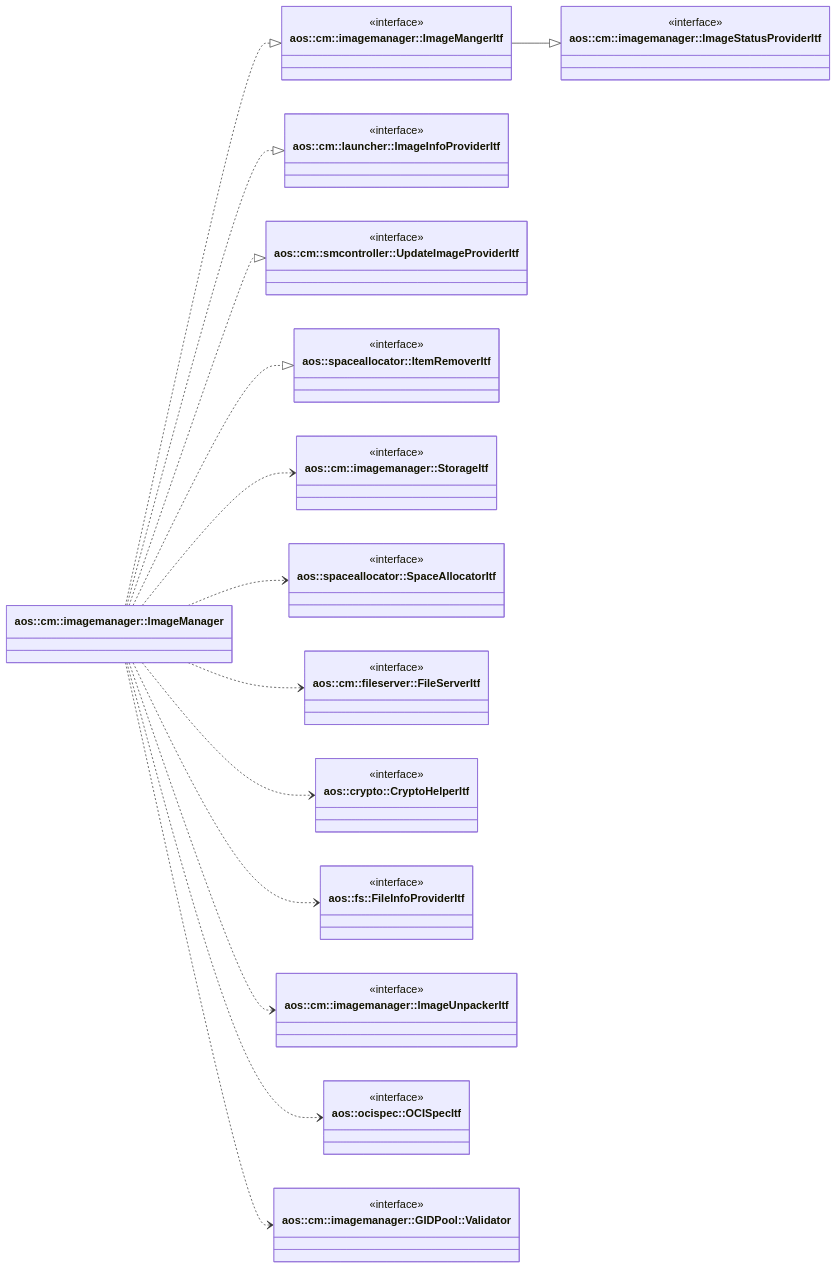
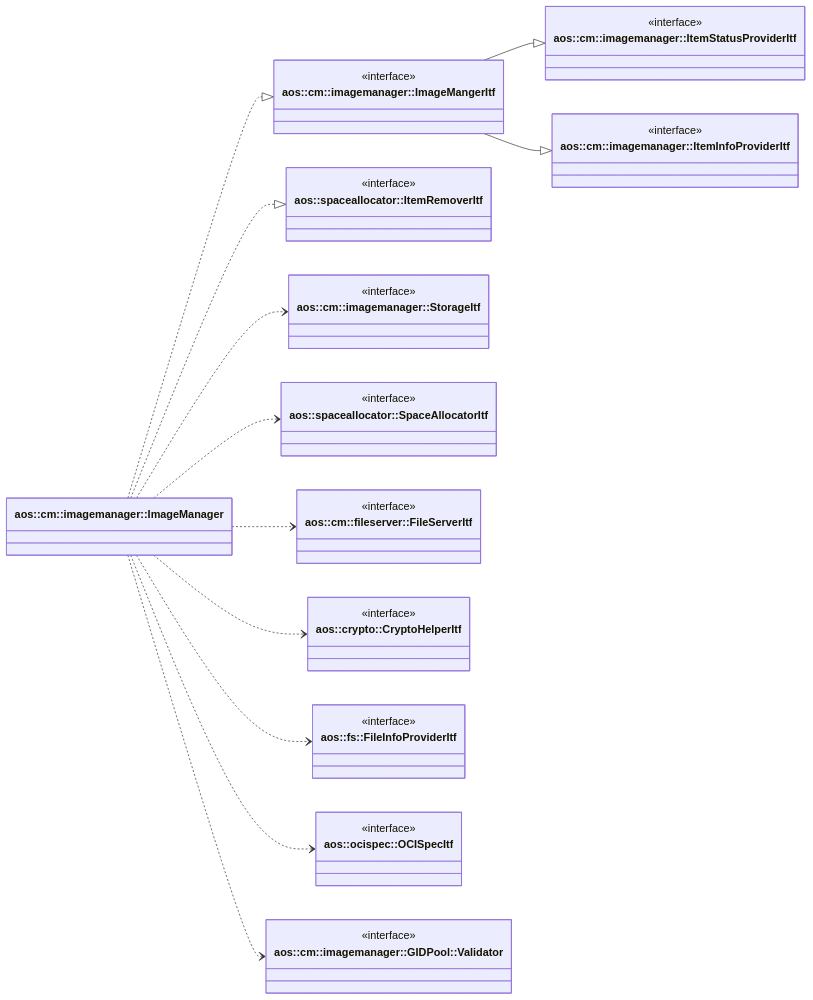
One commit to aosedge/aos_core_lib_cpp changed the diagram in src/core/cm/imagemanager/imagemanager.md. Above: the diagram before and after it, drawn with Mermaid. The commit also changed other lines of this file and 4 other files, not shown here.

Commit message:
cm: imagemanager: add new image manager design document

````diff
--- a/src/core/cm/imagemanager/imagemanager.md
+++ b/src/core/cm/imagemanager/imagemanager.md
@@ -26,75 +23,65 @@
 ```mermaid
 classDiagram
     direction LR
 
     class ImageManager ["aos::cm::imagemanager::ImageManager"] {
     }
 
     class ImageManagerItf ["aos::cm::imagemanager::ImageMangerItf"] {
         <<interface>>
     }
 
-    class ImageStatusProviderItf ["aos::cm::imagemanager::ImageStatusProviderItf"] {
+    class ItemStatusProviderItf ["aos::cm::imagemanager::ItemStatusProviderItf"] {
         <<interface>>
     }
 
-    class ImageInfoProviderItf ["aos::cm::launcher::ImageInfoProviderItf"] {
-        <<interface>>
-    }
-
-    class UpdateImageProviderItf ["aos::cm::smcontroller::UpdateImageProviderItf"] {
+    class ItemInfoProviderItf ["aos::cm::imagemanager::ItemInfoProviderItf"] {
         <<interface>>
     }
 
     class ItemRemoverItf ["aos::spaceallocator::ItemRemoverItf"] {
         <<interface>>
     }
 
     class StorageItf ["aos::cm::imagemanager::StorageItf"] {
         <<interface>>
     }
 
     class SpaceAllocatorItf ["aos::spaceallocator::SpaceAllocatorItf"] {
         <<interface>>
     }
 
     class FileServerItf ["aos::cm::fileserver::FileServerItf"] {
         <<interface>>
     }
 
     class CryptoHelperItf ["aos::crypto::CryptoHelperItf"] {
         <<interface>>
     }
 
     class FileInfoProviderItf ["aos::fs::FileInfoProviderItf"] {
         <<interface>>
     }
 
-    class ImageUnpackerItf ["aos::cm::imagemanager::ImageUnpackerItf"] {
-        <<interface>>
-    }
-
     class OCISpecItf ["aos::ocispec::OCISpecItf"] {
         <<interface>>
     }
 
     class GIDPoolValidator ["aos::cm::imagemanager::GIDPool::Validator"] {
         <<interface>>
     }
 
-    ImageManagerItf --|> ImageStatusProviderItf
+    ImageManagerItf --|> ItemStatusProviderItf
+    ImageManagerItf --|> ItemInfoProviderItf
 
     ImageManager ..|> ImageManagerItf
-    ImageManager ..|> ImageInfoProviderItf
-    ImageManager ..|> UpdateImageProviderItf
     ImageManager ..|> ItemRemoverItf
 
     ImageManager ..> StorageItf
     ImageManager ..> SpaceAllocatorItf
     ImageManager ..> FileServerItf
     ImageManager ..> CryptoHelperItf
     ImageManager ..> FileInfoProviderItf
-    ImageManager ..> ImageUnpackerItf
     ImageManager ..> OCISpecItf
     ImageManager ..> GIDPoolValidator
 ```
````
